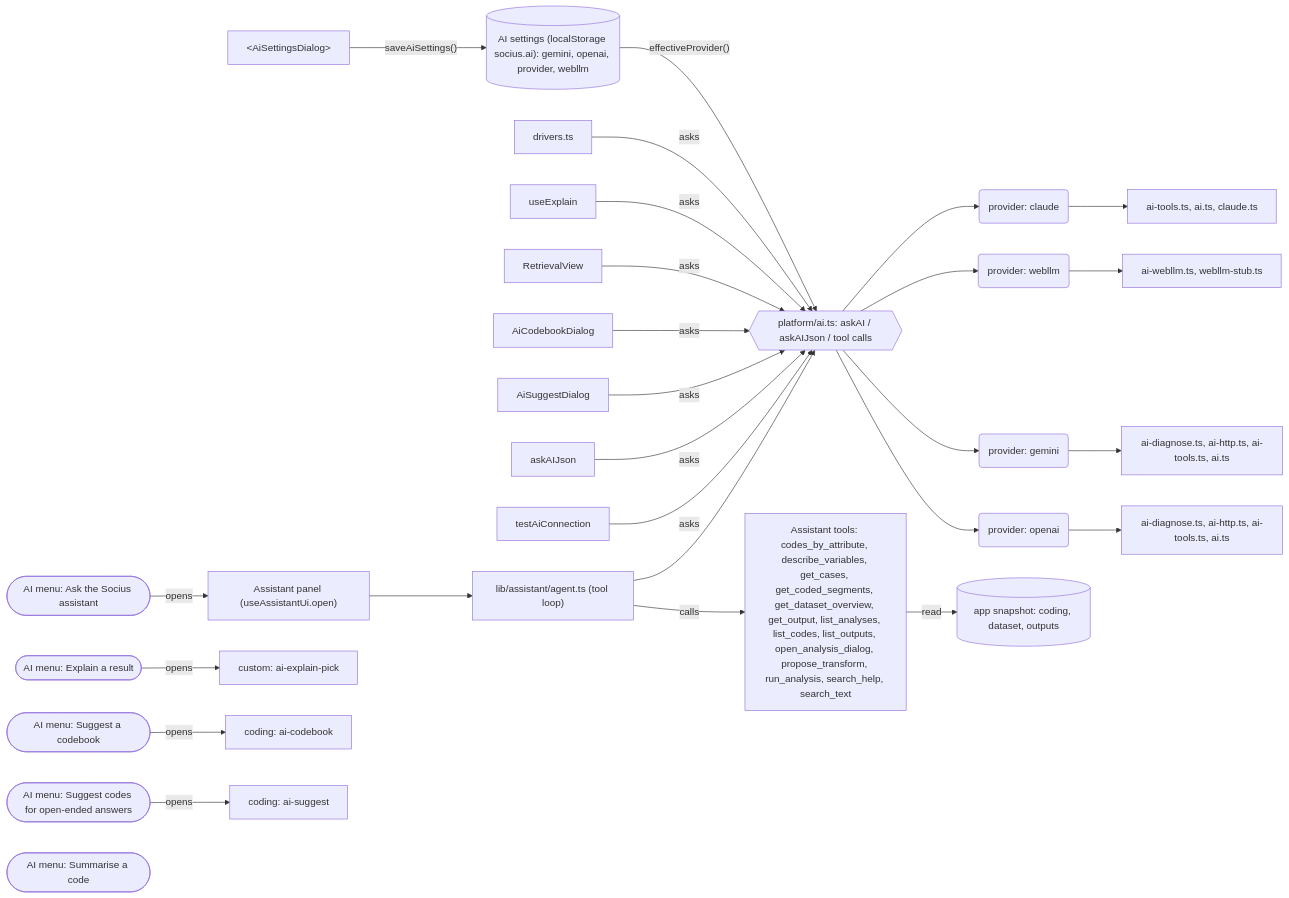
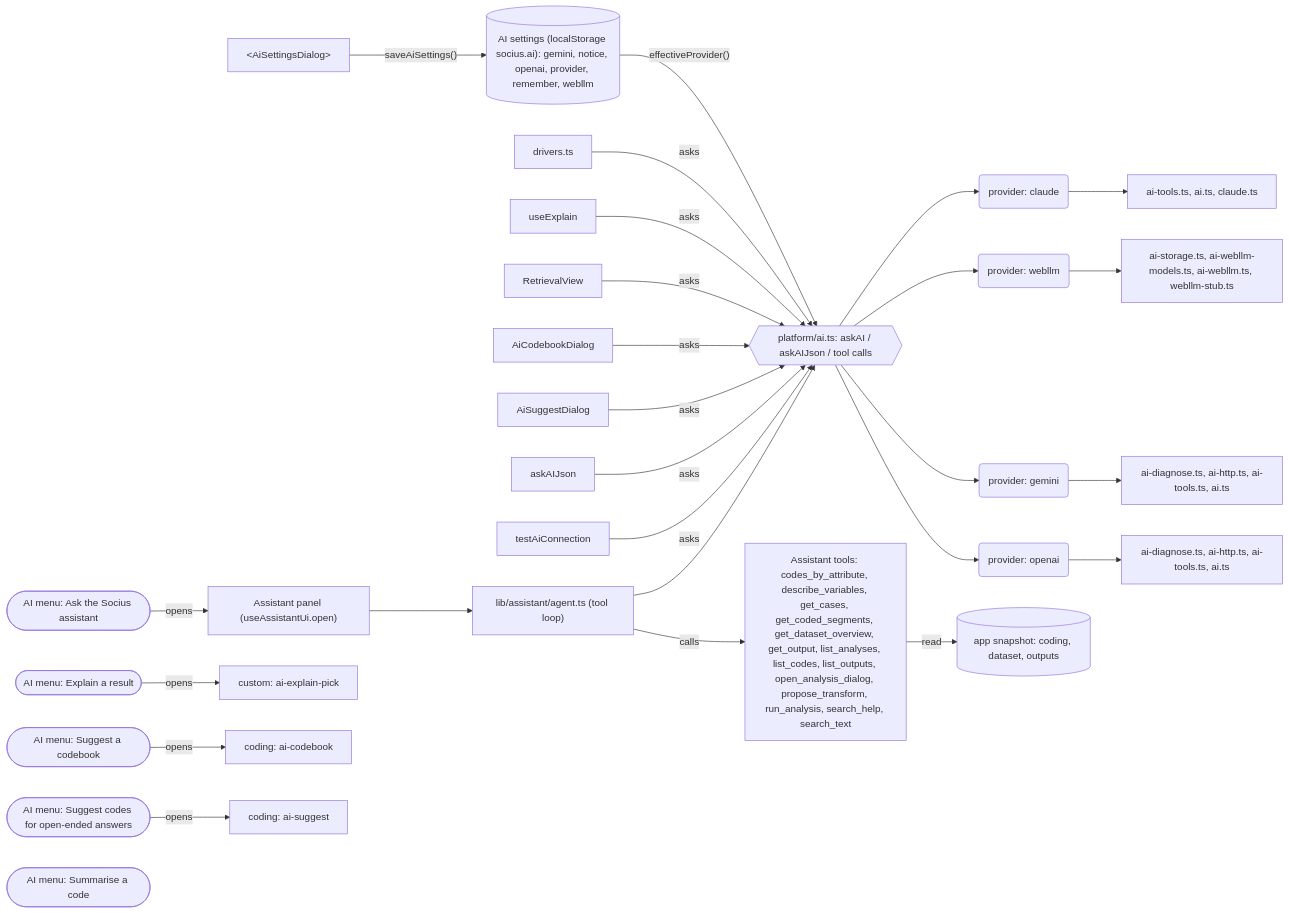
The third of 4 diagrams in docs/map/DIAGRAMS.md (hackhead95/socius), drawn with Mermaid before and after one commit. The commit also changed other lines of this file and 895 other files, not shown here.

````diff
--- a/docs/map/DIAGRAMS.md
+++ b/docs/map/DIAGRAMS.md
@@ -117,58 +119,58 @@
 ```mermaid
 flowchart LR
-  n0[("AI settings (localStorage socius.ai): gemini, openai, provider, webllm")]
+  n0[("AI settings (localStorage socius.ai): gemini, notice, openai, provider, remember, webllm")]
   n1["#lt;AiSettingsDialog#gt;"]
   n1 -->|"saveAiSettings()"| n0
   n2{{"platform/ai.ts: askAI / askAIJson / tool calls"}}
   n0 -->|"effectiveProvider()"| n2
   n3("provider: claude")
   n2 --> n3
   n4["ai-tools.ts, ai.ts, claude.ts"]
   n3 --> n4
   n5("provider: webllm")
   n2 --> n5
-  n6["ai-webllm.ts, webllm-stub.ts"]
+  n6["ai-storage.ts, ai-webllm-models.ts, ai-webllm.ts, webllm-stub.ts"]
   n5 --> n6
   n7("provider: gemini")
   n2 --> n7
   n8["ai-diagnose.ts, ai-http.ts, ai-tools.ts, ai.ts"]
   n7 --> n8
   n9("provider: openai")
   n2 --> n9
   n10["ai-diagnose.ts, ai-http.ts, ai-tools.ts, ai.ts"]
   n9 --> n10
   n11["drivers.ts"]
   n11 -->|"asks"| n2
   n12["useExplain"]
   n12 -->|"asks"| n2
   n13["RetrievalView"]
   n13 -->|"asks"| n2
   n14["AiCodebookDialog"]
   n14 -->|"asks"| n2
   n15["AiSuggestDialog"]
   n15 -->|"asks"| n2
   n16["askAIJson"]
   n16 -->|"asks"| n2
   n17["testAiConnection"]
   n17 -->|"asks"| n2
   n18(["AI menu: Ask the Socius assistant"])
   n19["Assistant panel (useAssistantUi.open)"]
   n18 -->|"opens"| n19
   n20(["AI menu: Explain a result"])
   n21["custom: ai-explain-pick"]
   n20 -->|"opens"| n21
   n22(["AI menu: Suggest a codebook"])
   n23["coding: ai-codebook"]
   n22 -->|"opens"| n23
   n24(["AI menu: Suggest codes for open-ended answers"])
   n25["coding: ai-suggest"]
   n24 -->|"opens"| n25
   n26(["AI menu: Summarise a code"])
   n27["Assistant tools: codes_by_attribute, describe_variables, get_cases, get_coded_segments, get_dataset_overview, get_output, list_analyses, list_codes, list_outputs, open_analysis_dialog, propose_transform, run_analysis, search_help, search_text"]
   n28["lib/assistant/agent.ts (tool loop)"]
   n19 --> n28
   n28 --> n2
   n28 -->|"calls"| n27
   n29[("app snapshot: coding, dataset, outputs")]
   n27 -->|"read"| n29
 ```
````
